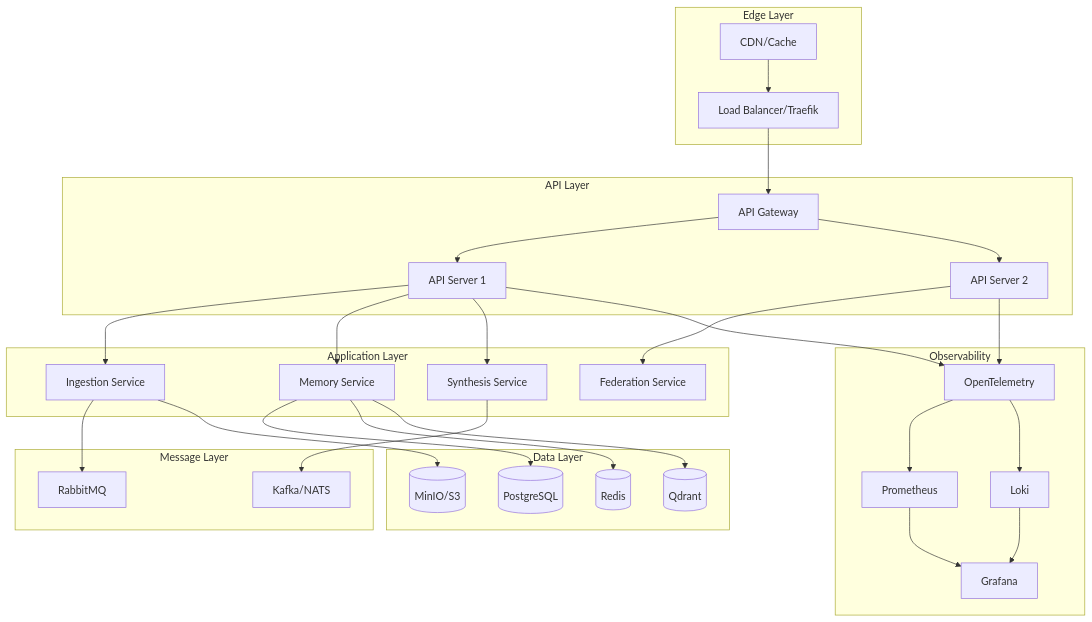
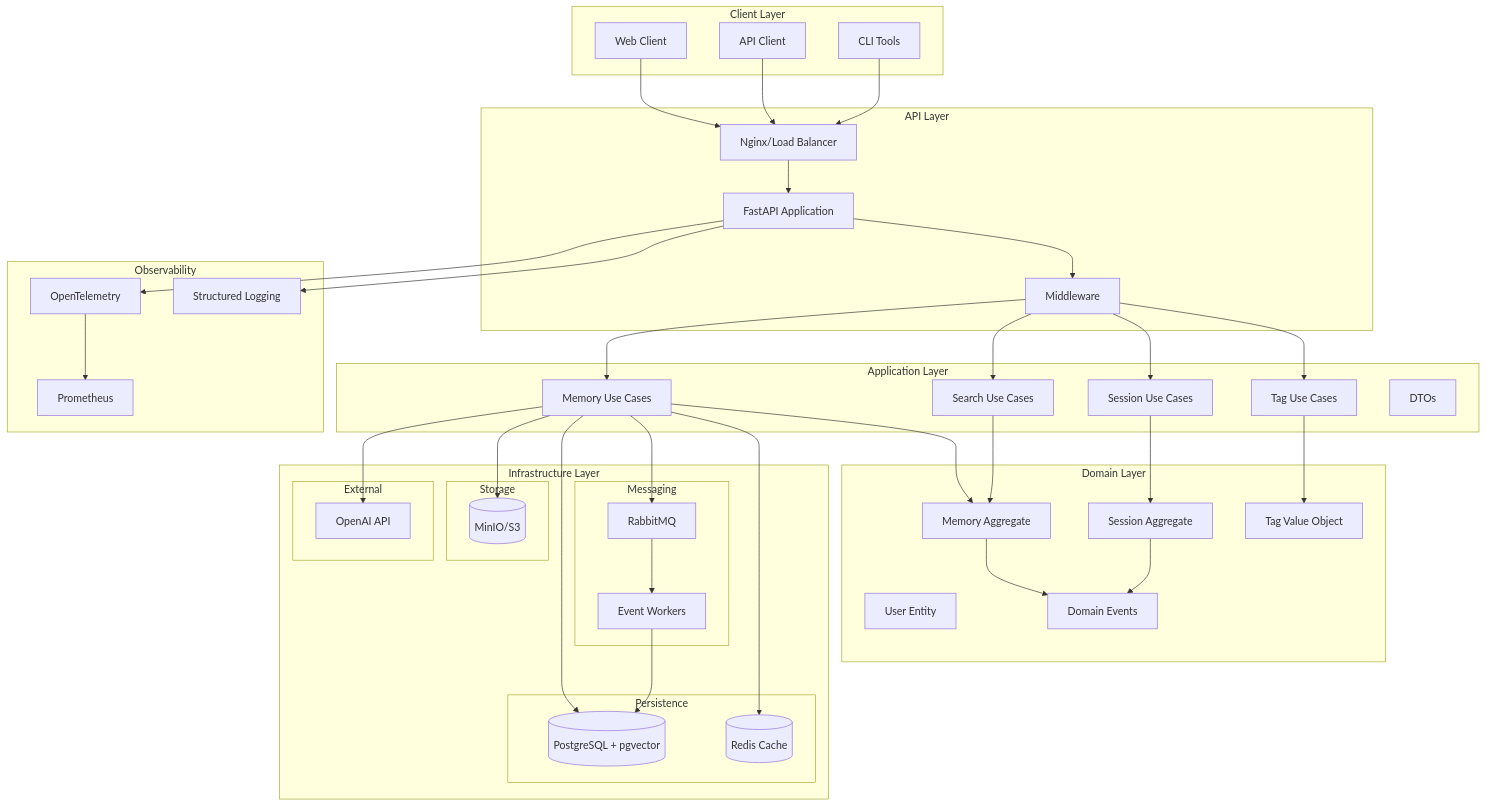
The diagram in docs/ARCHITECTURE_V3.md (raold/second-brain), drawn with Mermaid before and after one commit. The commit also changed other lines of this file and 141 other files, not shown here.

````diff
--- a/docs/ARCHITECTURE_V3.md
+++ b/docs/ARCHITECTURE_V3.md
@@ -44,64 +35,88 @@
 ```mermaid
 graph TB
-    subgraph "Edge Layer"
-        LB[Load Balancer/Traefik]
-        CDN[CDN/Cache]
+    subgraph "Client Layer"
+        WEB[Web Client]
+        API_CLIENT[API Client]
+        CLI[CLI Tools]
     end
     
     subgraph "API Layer"
-        API1[API Server 1]
-        API2[API Server 2]
-        APIGW[API Gateway]
+        NGINX[Nginx/Load Balancer]
+        API[FastAPI Application]
+        MW[Middleware]
     end
     
     subgraph "Application Layer"
-        ING[Ingestion Service]
-        MEM[Memory Service]
-        SYN[Synthesis Service]
-        FED[Federation Service]
+        UC1[Memory Use Cases]
+        UC2[Session Use Cases]
+        UC3[Search Use Cases]
+        UC4[Tag Use Cases]
+        DTO[DTOs]
     end
     
-    subgraph "Data Layer"
-        PG[(PostgreSQL)]
-        REDIS[(Redis)]
-        QDRANT[(Qdrant)]
-        MINIO[(MinIO/S3)]
+    subgraph "Domain Layer"
+        MEM[Memory Aggregate]
+        SES[Session Aggregate]
+        TAG[Tag Value Object]
+        USER[User Entity]
+        EVT[Domain Events]
     end
     
-    subgraph "Message Layer"
-        RABBIT[RabbitMQ]
-        KAFKA[Kafka/NATS]
+    subgraph "Infrastructure Layer"
+        subgraph "Persistence"
+            PG[(PostgreSQL + pgvector)]
+            REDIS[(Redis Cache)]
+        end
+        
+        subgraph "Messaging"
+            RABBIT[RabbitMQ]
+            WORKER[Event Workers]
+        end
+        
+        subgraph "Storage"
+            MINIO[(MinIO/S3)]
+        end
+        
+        subgraph "External"
+            OPENAI[OpenAI API]
+        end
     end
     
     subgraph "Observability"
         OTEL[OpenTelemetry]
         PROM[Prometheus]
-        GRAF[Grafana]
-        LOKI[Loki]
+        LOGS[Structured Logging]
     end
     
-    CDN --> LB
-    LB --> APIGW
-    APIGW --> API1
-    APIGW --> API2
+    WEB --> NGINX
+    API_CLIENT --> NGINX
+    CLI --> NGINX
     
-    API1 --> ING
-    API1 --> MEM
-    API1 --> SYN
-    API2 --> FED
+    NGINX --> API
+    API --> MW
+    MW --> UC1
+    MW --> UC2
+    MW --> UC3
+    MW --> UC4
     
-    ING --> RABBIT
-    MEM --> PG
-    MEM --> REDIS
-    MEM --> QDRANT
-    SYN --> KAFKA
+    UC1 --> MEM
+    UC2 --> SES
+    UC3 --> MEM
+    UC4 --> TAG
     
-    ING --> MINIO
+    MEM --> EVT
+    SES --> EVT
     
-    API1 --> OTEL
-    API2 --> OTEL
+    UC1 --> PG
+    UC1 --> REDIS
+    UC1 --> RABBIT
+    UC1 --> MINIO
+    UC1 --> OPENAI
+    
+    RABBIT --> WORKER
+    WORKER --> PG
+    
+    API --> OTEL
     OTEL --> PROM
-    OTEL --> LOKI
-    PROM --> GRAF
-    LOKI --> GRAF
+    API --> LOGS
 ```
````
